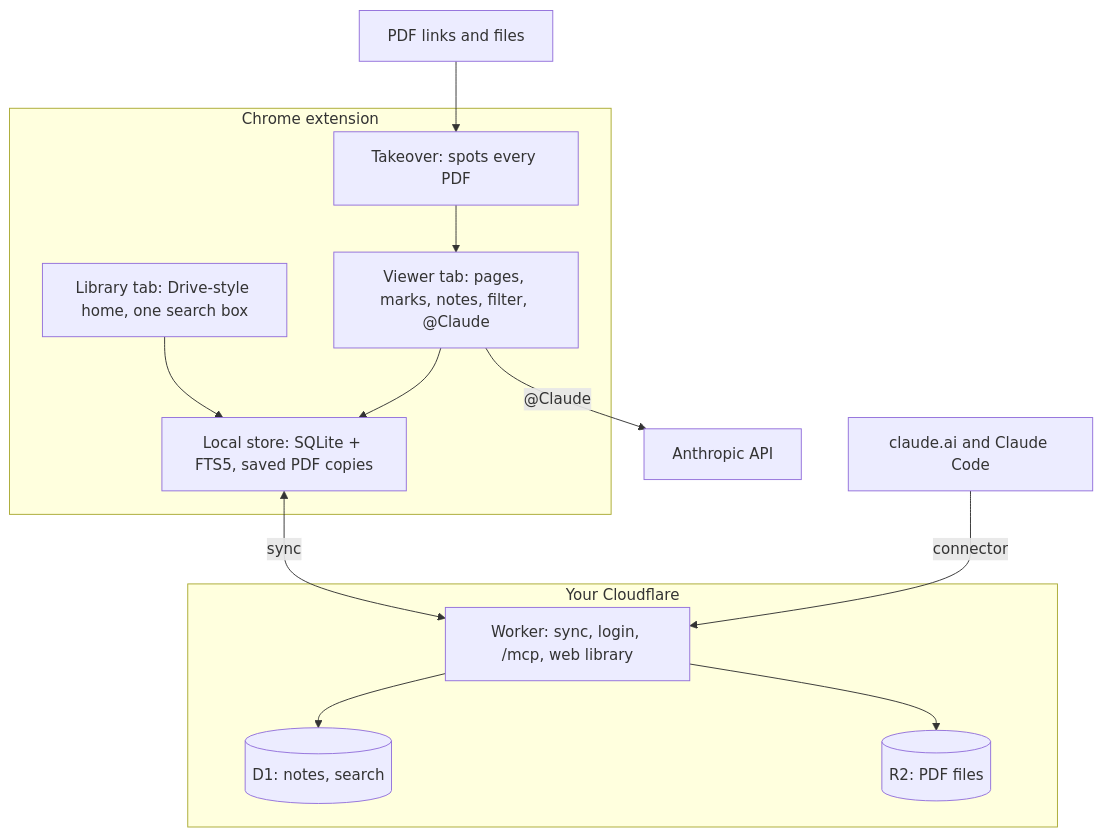
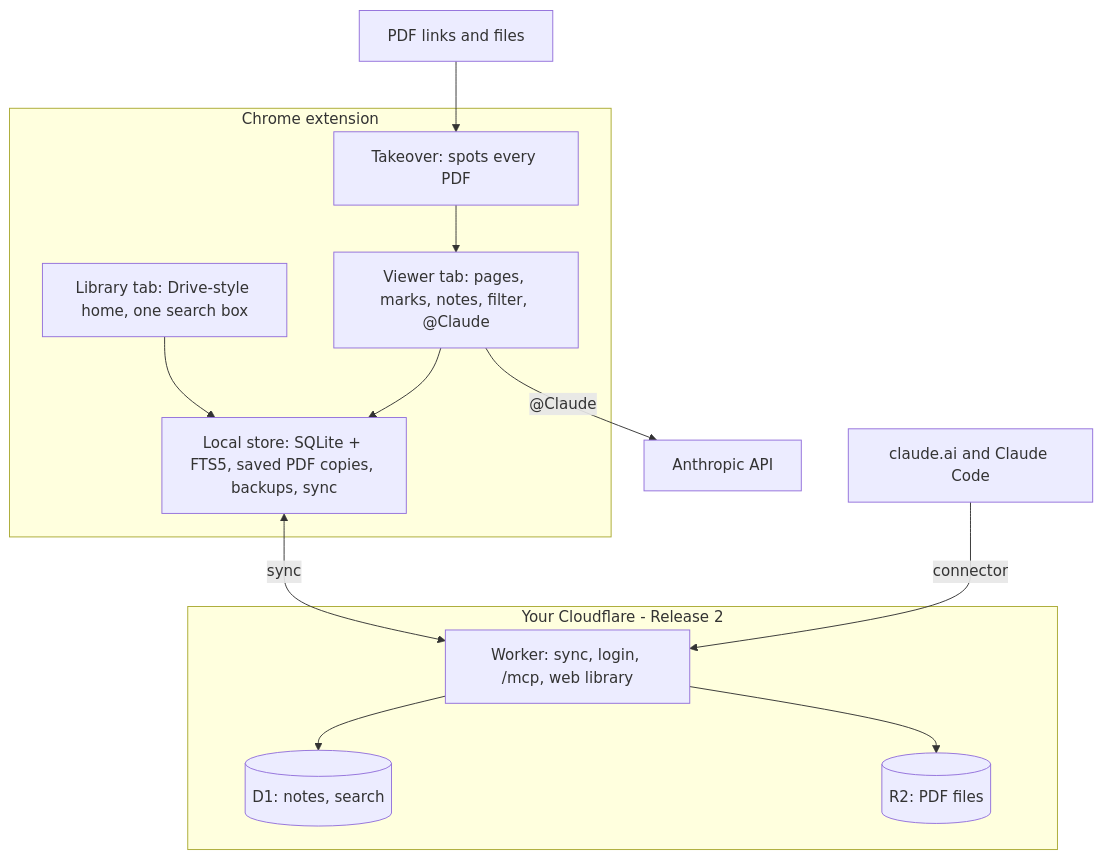
The first of 2 diagrams in docs/superpowers/specs/2026-10-31-sickofpdfs-design.md (rexheng/sickofpdfs), drawn with Mermaid before and after one commit. The commit also changed other lines of this file and 1 other file, not shown here.

````diff
--- a/docs/superpowers/specs/2026-10-31-sickofpdfs-design.md
+++ b/docs/superpowers/specs/2026-10-31-sickofpdfs-design.md
@@ -62,17 +74,17 @@
 ```mermaid
 flowchart TB
   src[PDF links and files] --> take
   subgraph ext[Chrome extension]
     take[Takeover: spots every PDF] --> viewer
     lib[Library tab: Drive-style home, one search box] --> store
     viewer[Viewer tab: pages, marks, notes, filter, @Claude] --> store
-    store[Local store: SQLite + FTS5, saved PDF copies]
+    store[Local store: SQLite + FTS5, saved PDF copies, backups, sync]
   end
   viewer -- "@Claude" --> api[Anthropic API]
-  subgraph cf[Your Cloudflare]
+  subgraph cf[Your Cloudflare - Release 2]
     worker[Worker: sync, login, /mcp, web library] --> d1[(D1: notes, search)]
     worker --> r2[(R2: PDF files)]
   end
   store <-- sync --> worker
   claude[claude.ai and Claude Code] -- connector --> worker
 ```
````
